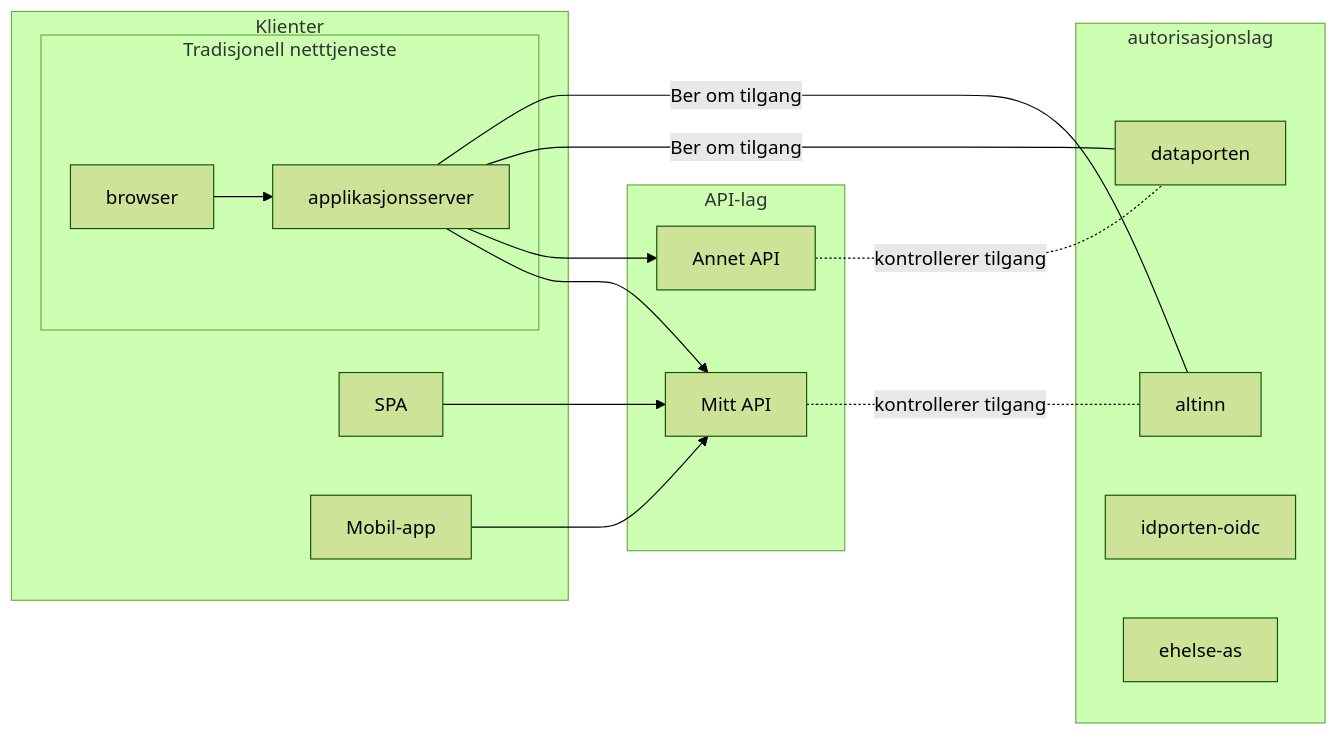
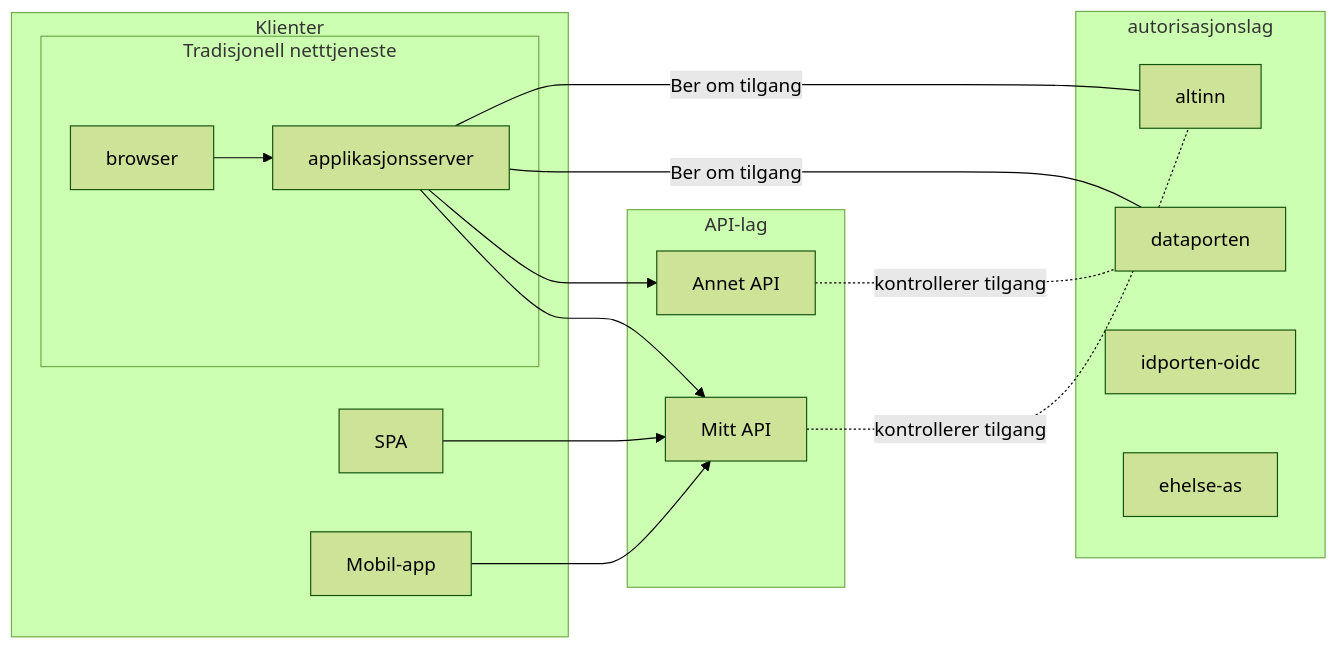
Before and after one commit to joergenb/documentation-theme-jekyll: the second of 2 diagrams in pages/oauth2/systemlandskap.md, drawn with Mermaid (forest theme). The commit also changed other lines of this file, not shown here.

```diff
--- a/pages/oauth2/systemlandskap.md
+++ b/pages/oauth2/systemlandskap.md
@@ -14,38 +34,38 @@
 <div class="mermaid">
 graph LR
 
  subgraph autorisasjonslag
+  dataporten
   altinn 
-  dataporten
   idporten-oidc
   ehelse-as
  end
 
  subgraph API-lag
   mittapi["Mitt API"]
   dittapi["Annet API"]
 
   mittapi-. kontrollerer tilgang .- altinn
   dittapi-. kontrollerer tilgang .- dataporten
  end
 
  subgraph Klienter 
   subgraph Tradisjonell netttjeneste
     browser
     applikasjonsserver
     browser-->applikasjonsserver
   end
   SPA
   native["Mobil-app"]
 
   applikasjonsserver-->mittapi
   applikasjonsserver-->dittapi
   applikasjonsserver-- Ber om tilgang --- dataporten
   applikasjonsserver-- Ber om tilgang --- altinn
 
   SPA-->mittapi
   native-->mittapi
  end
  
 
 </div>
```
